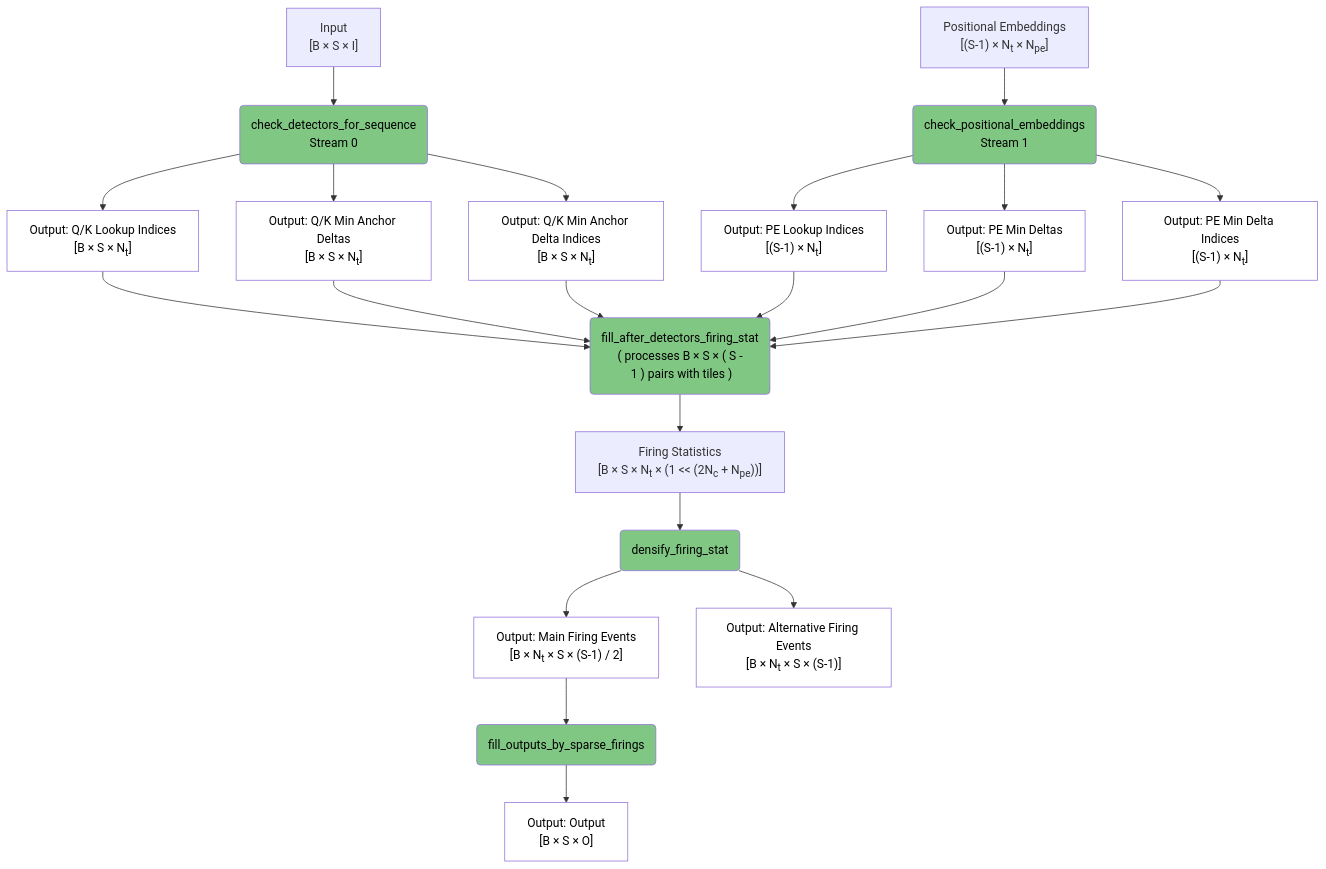
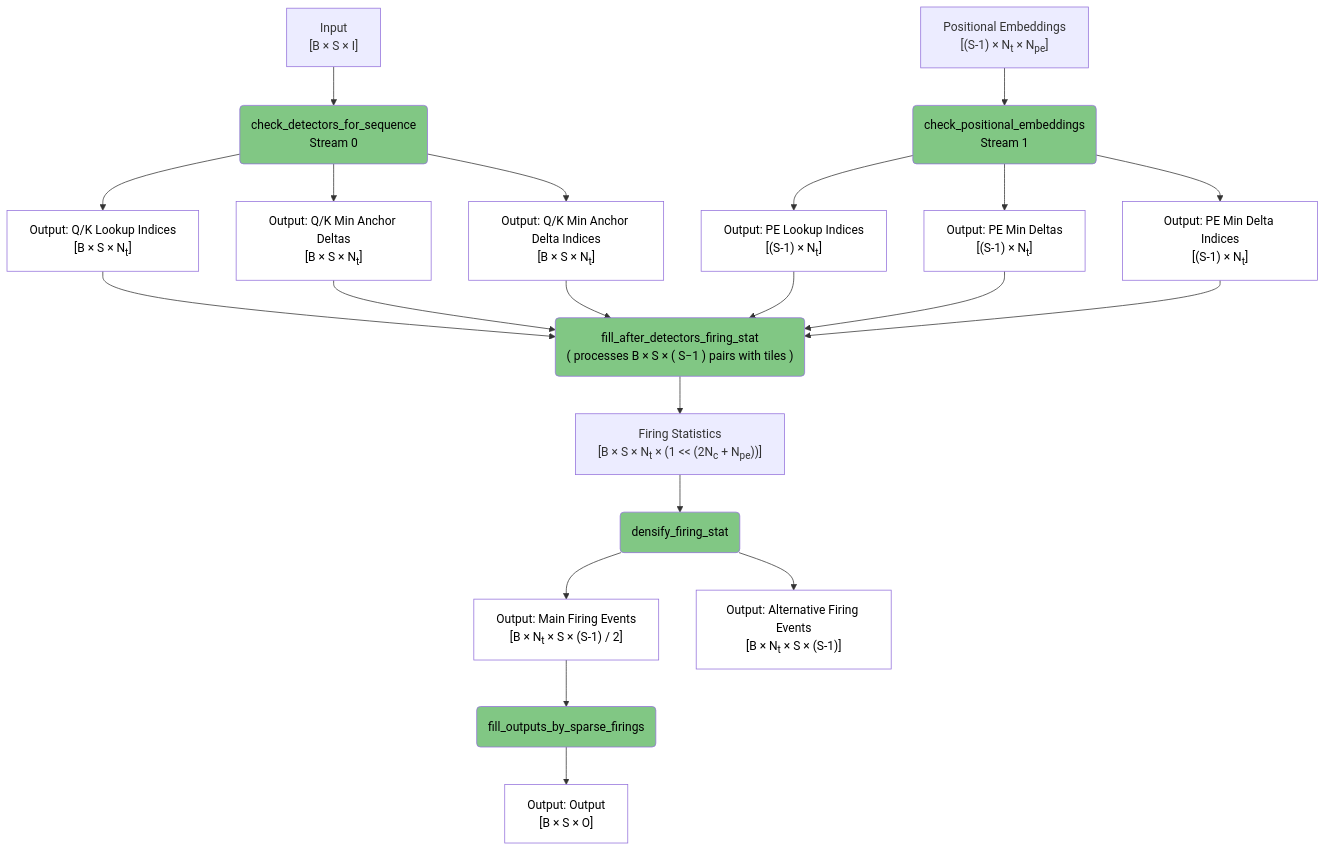
One commit to anatoli-starostin/spiky changed the fifth of 6 diagrams in spiky_cuda/lut/doc/LUT_RUNTIME_DATA_FLOW.md. Above: the diagram before and after it, drawn with Mermaid.

Commit message:
LUT in progress

````diff
--- a/spiky_cuda/lut/doc/LUT_RUNTIME_DATA_FLOW.md
+++ b/spiky_cuda/lut/doc/LUT_RUNTIME_DATA_FLOW.md
@@ -102,46 +102,46 @@
 ```mermaid
 flowchart TD
     A["Input<br/>[B × S × I]"] --> B("check_detectors_for_sequence<br/>Stream 0")
     C["Positional Embeddings<br/>[(S-1) × N<sub>t</sub> × N<sub>pe</sub>]"] --> D("check_positional_embeddings<br/>Stream 1")
     
     B --> E["Output: Q/K Lookup Indices<br/>[B × S × N<sub>t</sub>]"]
     B --> F["Output: Q/K Min Anchor Deltas<br/>[B × S × N<sub>t</sub>]"]
     B --> G["Output: Q/K Min Anchor Delta Indices<br/>[B × S × N<sub>t</sub>]"]
     
     D --> H["Output: PE Lookup Indices<br/>[(S-1) × N<sub>t</sub>]"]
     D --> I["Output: PE Min Deltas<br/>[(S-1) × N<sub>t</sub>]"]
     D --> J["Output: PE Min Delta Indices<br/>[(S-1) × N<sub>t</sub>]"]
     
-    E --> K("fill_after_detectors_firing_stat<br/>(&nbsp;processes&nbsp;B&nbsp;×&nbsp;S&nbsp;×&nbsp;(&nbsp;S&nbsp;-&nbsp;1&nbsp;)&nbsp;pairs&nbsp;with&nbsp;tiles&nbsp;)")
+    E --> K("fill_after_detectors_firing_stat<br/>(&nbsp;processes&nbsp;B&nbsp;×&nbsp;S&nbsp;×&nbsp;(&nbsp;S&minus;1&nbsp;)&nbsp;pairs&nbsp;with&nbsp;tiles&nbsp;)")
     F --> K
     G --> K
     H --> K
     I --> K
     J --> K
     
     K --> L["Firing Statistics<br/>[B&nbsp;×&nbsp;S&nbsp;×&nbsp;N<sub>t</sub>&nbsp;×&nbsp;(1&nbsp;<<&nbsp;(2N<sub>c</sub>&nbsp;+&nbsp;N<sub>pe</sub>))]"]
     
     L --> M(densify_firing_stat)
     
     M --> N["Output: Main Firing Events<br/>[B × N<sub>t</sub> × S × (S-1) / 2]"]
     M --> O["Output: Alternative Firing Events<br/>[B × N<sub>t</sub> × S × (S-1)]"]
     
     N --> P(fill_outputs_by_sparse_firings)
     
     P --> Q["Output: Output<br/>[B × S × O]"]
     
     style B fill:#81c784,color:#000000
     style D fill:#81c784,color:#000000
     style K fill:#81c784,color:#000000
     style M fill:#81c784,color:#000000
     style P fill:#81c784,color:#000000
     style E fill:#ffffff,color:#000000
     style F fill:#ffffff,color:#000000
     style G fill:#ffffff,color:#000000
     style H fill:#ffffff,color:#000000
     style I fill:#ffffff,color:#000000
     style J fill:#ffffff,color:#000000
     style N fill:#ffffff,color:#000000
     style O fill:#ffffff,color:#000000
     style Q fill:#ffffff,color:#000000
 ```
````
